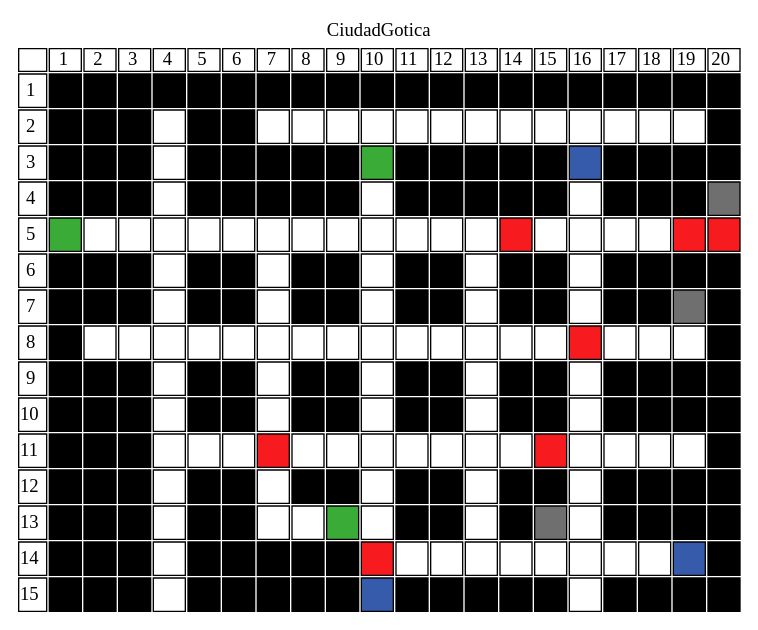
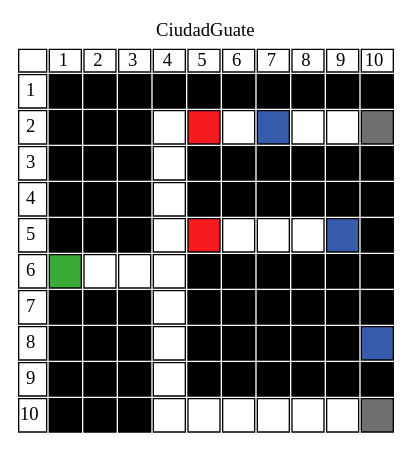
Before and after one commit to Dgo45921/IPC2_Proyecto2_202003585: the diagram in texto_dot.dot, drawn with Graphviz. The commit also changed 7 other files, not shown here.

```diff
--- a/texto_dot.dot
+++ b/texto_dot.dot
@@ -1,9 +1,9 @@
   
-    digraph html {
-    labelloc="t";
-    label="CiudadGotica";
-    tabla [shape=none, margin=0, label=<
-    <TABLE BORDER="0" CELLBORDER="1" CELLSPACING="2" CELLPADDING="4">
+                digraph html {
+                labelloc="t";
+                label="CiudadGuate";
+                tabla [shape=none, margin=0, label=<
+                <TABLE BORDER="0" CELLBORDER="1" CELLSPACING="2" CELLPADDING="4">
 <TR>
 <TD CELLPADDING="0.1"></TD>
 <TD CELLPADDING="0.1">1</TD>
@@ -16,28 +16,8 @@
 <TD CELLPADDING="0.1">8</TD>
 <TD CELLPADDING="0.1">9</TD>
 <TD CELLPADDING="0.1">10</TD>
-<TD CELLPADDING="0.1">11</TD>
-<TD CELLPADDING="0.1">12</TD>
-<TD CELLPADDING="0.1">13</TD>
-<TD CELLPADDING="0.1">14</TD>
-<TD CELLPADDING="0.1">15</TD>
-<TD CELLPADDING="0.1">16</TD>
-<TD CELLPADDING="0.1">17</TD>
-<TD CELLPADDING="0.1">18</TD>
-<TD CELLPADDING="0.1">19</TD>
-<TD CELLPADDING="0.1">20</TD>
 </TR>
 <TR><TD CELLPADDING="0.1">1</TD>
-<TD BGCOLOR="black">   </TD>
-<TD BGCOLOR="black">   </TD>
-<TD BGCOLOR="black">   </TD>
-<TD BGCOLOR="black">   </TD>
-<TD BGCOLOR="black">   </TD>
-<TD BGCOLOR="black">   </TD>
-<TD BGCOLOR="black">   </TD>
-<TD BGCOLOR="black">   </TD>
-<TD BGCOLOR="black">   </TD>
-<TD BGCOLOR="black">   </TD>
 <TD BGCOLOR="black">   </TD>
 <TD BGCOLOR="black">   </TD>
 <TD BGCOLOR="black">   </TD>
@@ -54,22 +34,12 @@
 <TD BGCOLOR="black">   </TD>
 <TD BGCOLOR="black">   </TD>
 <TD>   </TD>
-<TD BGCOLOR="black">   </TD>
-<TD BGCOLOR="black">   </TD>
+<TD BGCOLOR="#f71b1f">   </TD>
+<TD>   </TD>
+<TD BGCOLOR="#375bab">   </TD>
 <TD>   </TD>
 <TD>   </TD>
-<TD>   </TD>
-<TD>   </TD>
-<TD>   </TD>
-<TD>   </TD>
-<TD>   </TD>
-<TD>   </TD>
-<TD>   </TD>
-<TD>   </TD>
-<TD>   </TD>
-<TD>   </TD>
-<TD>   </TD>
-<TD BGCOLOR="black">   </TD>
+<TD BGCOLOR="#706f6f">   </TD>
 </TR>
 <TR><TD CELLPADDING="0.1">3</TD>
 <TD BGCOLOR="black">   </TD>
@@ -78,16 +48,6 @@
 <TD>   </TD>
 <TD BGCOLOR="black">   </TD>
 <TD BGCOLOR="black">   </TD>
-<TD BGCOLOR="black">   </TD>
-<TD BGCOLOR="black">   </TD>
-<TD BGCOLOR="black">   </TD>
-<TD BGCOLOR="#3bab37">   </TD>
-<TD BGCOLOR="black">   </TD>
-<TD BGCOLOR="black">   </TD>
-<TD BGCOLOR="black">   </TD>
-<TD BGCOLOR="black">   </TD>
-<TD BGCOLOR="black">   </TD>
-<TD BGCOLOR="#375bab">   </TD>
 <TD BGCOLOR="black">   </TD>
 <TD BGCOLOR="black">   </TD>
 <TD BGCOLOR="black">   </TD>
@@ -103,57 +63,27 @@
 <TD BGCOLOR="black">   </TD>
 <TD BGCOLOR="black">   </TD>
 <TD BGCOLOR="black">   </TD>
-<TD>   </TD>
+<TD BGCOLOR="black">   </TD>
+</TR>
+<TR><TD CELLPADDING="0.1">5</TD>
 <TD BGCOLOR="black">   </TD>
 <TD BGCOLOR="black">   </TD>
 <TD BGCOLOR="black">   </TD>
-<TD BGCOLOR="black">   </TD>
-<TD BGCOLOR="black">   </TD>
-<TD>   </TD>
-<TD BGCOLOR="black">   </TD>
-<TD BGCOLOR="black">   </TD>
-<TD BGCOLOR="black">   </TD>
-<TD BGCOLOR="#706f6f">   </TD>
-</TR>
-<TR><TD CELLPADDING="0.1">5</TD>
-<TD BGCOLOR="#3bab37">   </TD>
-<TD>   </TD>
-<TD>   </TD>
-<TD>   </TD>
-<TD>   </TD>
-<TD>   </TD>
-<TD>   </TD>
-<TD>   </TD>
-<TD>   </TD>
-<TD>   </TD>
-<TD>   </TD>
-<TD>   </TD>
 <TD>   </TD>
 <TD BGCOLOR="#f71b1f">   </TD>
 <TD>   </TD>
 <TD>   </TD>
 <TD>   </TD>
-<TD>   </TD>
-<TD BGCOLOR="#f71b1f">   </TD>
-<TD BGCOLOR="#f71b1f">   </TD>
+<TD BGCOLOR="#375bab">   </TD>
+<TD BGCOLOR="black">   </TD>
 </TR>
 <TR><TD CELLPADDING="0.1">6</TD>
-<TD BGCOLOR="black">   </TD>
-<TD BGCOLOR="black">   </TD>
-<TD BGCOLOR="black">   </TD>
+<TD BGCOLOR="#3bab37">   </TD>
+<TD>   </TD>
+<TD>   </TD>
 <TD>   </TD>
 <TD BGCOLOR="black">   </TD>
 <TD BGCOLOR="black">   </TD>
-<TD>   </TD>
-<TD BGCOLOR="black">   </TD>
-<TD BGCOLOR="black">   </TD>
-<TD>   </TD>
-<TD BGCOLOR="black">   </TD>
-<TD BGCOLOR="black">   </TD>
-<TD>   </TD>
-<TD BGCOLOR="black">   </TD>
-<TD BGCOLOR="black">   </TD>
-<TD>   </TD>
 <TD BGCOLOR="black">   </TD>
 <TD BGCOLOR="black">   </TD>
 <TD BGCOLOR="black">   </TD>
@@ -166,42 +96,22 @@
 <TD>   </TD>
 <TD BGCOLOR="black">   </TD>
 <TD BGCOLOR="black">   </TD>
-<TD>   </TD>
+<TD BGCOLOR="black">   </TD>
+<TD BGCOLOR="black">   </TD>
+<TD BGCOLOR="black">   </TD>
+<TD BGCOLOR="black">   </TD>
+</TR>
+<TR><TD CELLPADDING="0.1">8</TD>
+<TD BGCOLOR="black">   </TD>
 <TD BGCOLOR="black">   </TD>
 <TD BGCOLOR="black">   </TD>
 <TD>   </TD>
 <TD BGCOLOR="black">   </TD>
 <TD BGCOLOR="black">   </TD>
-<TD>   </TD>
 <TD BGCOLOR="black">   </TD>
 <TD BGCOLOR="black">   </TD>
-<TD>   </TD>
 <TD BGCOLOR="black">   </TD>
-<TD BGCOLOR="black">   </TD>
-<TD BGCOLOR="#706f6f">   </TD>
-<TD BGCOLOR="black">   </TD>
-</TR>
-<TR><TD CELLPADDING="0.1">8</TD>
-<TD BGCOLOR="black">   </TD>
-<TD>   </TD>
-<TD>   </TD>
-<TD>   </TD>
-<TD>   </TD>
-<TD>   </TD>
-<TD>   </TD>
-<TD>   </TD>
-<TD>   </TD>
-<TD>   </TD>
-<TD>   </TD>
-<TD>   </TD>
-<TD>   </TD>
-<TD>   </TD>
-<TD>   </TD>
-<TD BGCOLOR="#f71b1f">   </TD>
-<TD>   </TD>
-<TD>   </TD>
-<TD>   </TD>
-<TD BGCOLOR="black">   </TD>
+<TD BGCOLOR="#375bab">   </TD>
 </TR>
 <TR><TD CELLPADDING="0.1">9</TD>
 <TD BGCOLOR="black">   </TD>
@@ -210,16 +120,6 @@
 <TD>   </TD>
 <TD BGCOLOR="black">   </TD>
 <TD BGCOLOR="black">   </TD>
-<TD>   </TD>
-<TD BGCOLOR="black">   </TD>
-<TD BGCOLOR="black">   </TD>
-<TD>   </TD>
-<TD BGCOLOR="black">   </TD>
-<TD BGCOLOR="black">   </TD>
-<TD>   </TD>
-<TD BGCOLOR="black">   </TD>
-<TD BGCOLOR="black">   </TD>
-<TD>   </TD>
 <TD BGCOLOR="black">   </TD>
 <TD BGCOLOR="black">   </TD>
 <TD BGCOLOR="black">   </TD>
@@ -230,131 +130,11 @@
 <TD BGCOLOR="black">   </TD>
 <TD BGCOLOR="black">   </TD>
 <TD>   </TD>
-<TD BGCOLOR="black">   </TD>
-<TD BGCOLOR="black">   </TD>
-<TD>   </TD>
-<TD BGCOLOR="black">   </TD>
-<TD BGCOLOR="black">   </TD>
-<TD>   </TD>
-<TD BGCOLOR="black">   </TD>
-<TD BGCOLOR="black">   </TD>
-<TD>   </TD>
-<TD BGCOLOR="black">   </TD>
-<TD BGCOLOR="black">   </TD>
-<TD>   </TD>
-<TD BGCOLOR="black">   </TD>
-<TD BGCOLOR="black">   </TD>
-<TD BGCOLOR="black">   </TD>
-<TD BGCOLOR="black">   </TD>
-</TR>
-<TR><TD CELLPADDING="0.1">11</TD>
-<TD BGCOLOR="black">   </TD>
-<TD BGCOLOR="black">   </TD>
-<TD BGCOLOR="black">   </TD>
-<TD>   </TD>
-<TD>   </TD>
-<TD>   </TD>
-<TD BGCOLOR="#f71b1f">   </TD>
 <TD>   </TD>
 <TD>   </TD>
 <TD>   </TD>
 <TD>   </TD>
 <TD>   </TD>
-<TD>   </TD>
-<TD>   </TD>
-<TD BGCOLOR="#f71b1f">   </TD>
-<TD>   </TD>
-<TD>   </TD>
-<TD>   </TD>
-<TD>   </TD>
-<TD BGCOLOR="black">   </TD>
-</TR>
-<TR><TD CELLPADDING="0.1">12</TD>
-<TD BGCOLOR="black">   </TD>
-<TD BGCOLOR="black">   </TD>
-<TD BGCOLOR="black">   </TD>
-<TD>   </TD>
-<TD BGCOLOR="black">   </TD>
-<TD BGCOLOR="black">   </TD>
-<TD>   </TD>
-<TD BGCOLOR="black">   </TD>
-<TD BGCOLOR="black">   </TD>
-<TD>   </TD>
-<TD BGCOLOR="black">   </TD>
-<TD BGCOLOR="black">   </TD>
-<TD>   </TD>
-<TD BGCOLOR="black">   </TD>
-<TD BGCOLOR="black">   </TD>
-<TD>   </TD>
-<TD BGCOLOR="black">   </TD>
-<TD BGCOLOR="black">   </TD>
-<TD BGCOLOR="black">   </TD>
-<TD BGCOLOR="black">   </TD>
-</TR>
-<TR><TD CELLPADDING="0.1">13</TD>
-<TD BGCOLOR="black">   </TD>
-<TD BGCOLOR="black">   </TD>
-<TD BGCOLOR="black">   </TD>
-<TD>   </TD>
-<TD BGCOLOR="black">   </TD>
-<TD BGCOLOR="black">   </TD>
-<TD>   </TD>
-<TD>   </TD>
-<TD BGCOLOR="#3bab37">   </TD>
-<TD>   </TD>
-<TD BGCOLOR="black">   </TD>
-<TD BGCOLOR="black">   </TD>
-<TD>   </TD>
-<TD BGCOLOR="black">   </TD>
 <TD BGCOLOR="#706f6f">   </TD>
-<TD>   </TD>
-<TD BGCOLOR="black">   </TD>
-<TD BGCOLOR="black">   </TD>
-<TD BGCOLOR="black">   </TD>
-<TD BGCOLOR="black">   </TD>
-</TR>
-<TR><TD CELLPADDING="0.1">14</TD>
-<TD BGCOLOR="black">   </TD>
-<TD BGCOLOR="black">   </TD>
-<TD BGCOLOR="black">   </TD>
-<TD>   </TD>
-<TD BGCOLOR="black">   </TD>
-<TD BGCOLOR="black">   </TD>
-<TD BGCOLOR="black">   </TD>
-<TD BGCOLOR="black">   </TD>
-<TD BGCOLOR="black">   </TD>
-<TD BGCOLOR="#f71b1f">   </TD>
-<TD>   </TD>
-<TD>   </TD>
-<TD>   </TD>
-<TD>   </TD>
-<TD>   </TD>
-<TD>   </TD>
-<TD>   </TD>
-<TD>   </TD>
-<TD BGCOLOR="#375bab">   </TD>
-<TD BGCOLOR="black">   </TD>
-</TR>
-<TR><TD CELLPADDING="0.1">15</TD>
-<TD BGCOLOR="black">   </TD>
-<TD BGCOLOR="black">   </TD>
-<TD BGCOLOR="black">   </TD>
-<TD>   </TD>
-<TD BGCOLOR="black">   </TD>
-<TD BGCOLOR="black">   </TD>
-<TD BGCOLOR="black">   </TD>
-<TD BGCOLOR="black">   </TD>
-<TD BGCOLOR="black">   </TD>
-<TD BGCOLOR="#375bab">   </TD>
-<TD BGCOLOR="black">   </TD>
-<TD BGCOLOR="black">   </TD>
-<TD BGCOLOR="black">   </TD>
-<TD BGCOLOR="black">   </TD>
-<TD BGCOLOR="black">   </TD>
-<TD>   </TD>
-<TD BGCOLOR="black">   </TD>
-<TD BGCOLOR="black">   </TD>
-<TD BGCOLOR="black">   </TD>
-<TD BGCOLOR="black">   </TD>
 </TR>
 </TABLE>>];}
```
